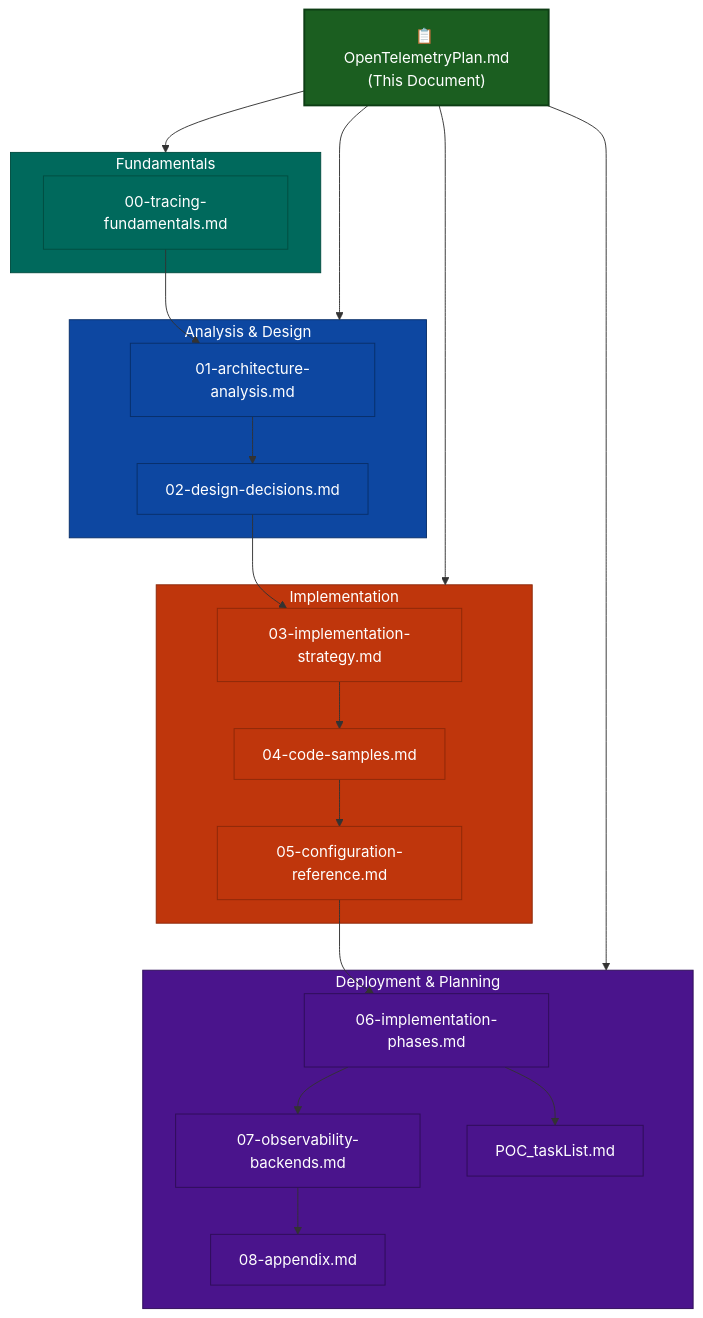
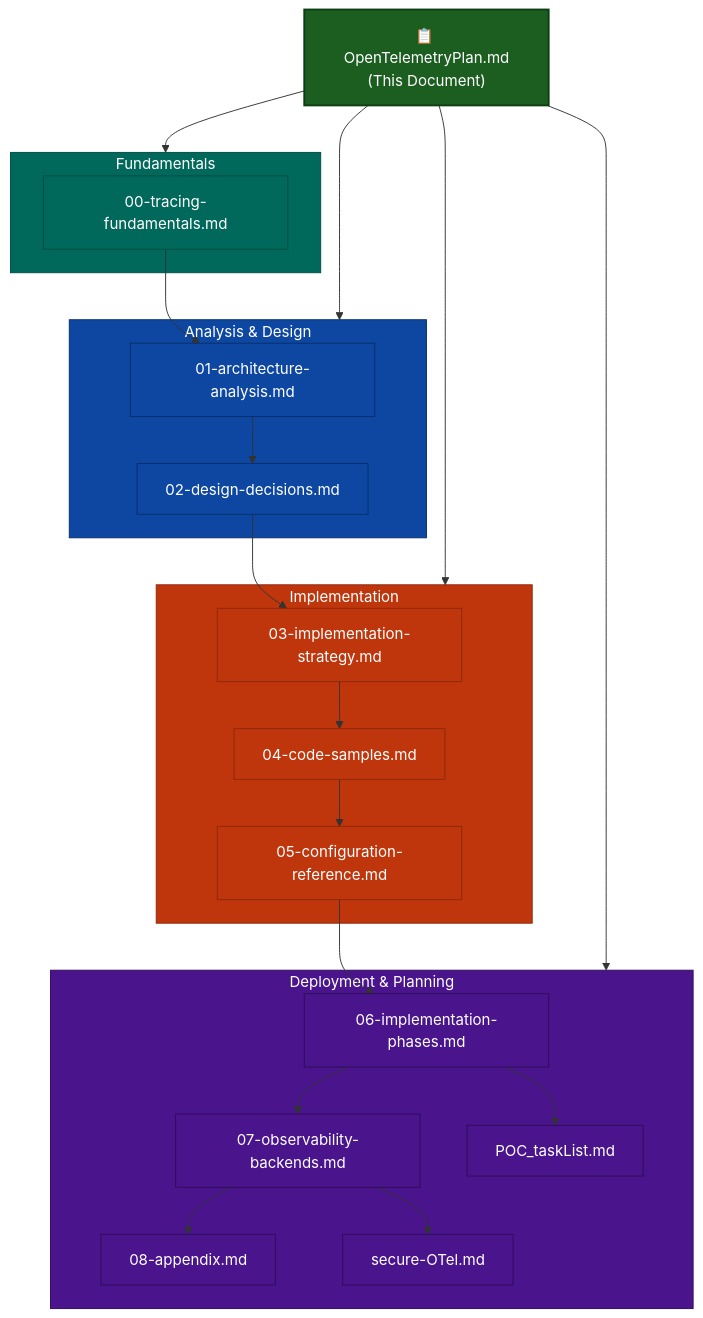
One commit to XRPLF/rippled changed the diagram in OpenTelemetryPlan/OpenTelemetryPlan.md. Above: the diagram before and after it, drawn with Mermaid. The commit also changed other lines of this file and 5 other files, not shown here.

First line of the commit message:
docs(telemetry): add secure-OTel pipeline analysis and link into plan

````diff
--- a/OpenTelemetryPlan/OpenTelemetryPlan.md
+++ b/OpenTelemetryPlan/OpenTelemetryPlan.md
@@ -34,57 +34,60 @@
 ```mermaid
 flowchart TB
     overview["📋 OpenTelemetryPlan.md<br/>(This Document)"]
 
     subgraph fundamentals["Fundamentals"]
         fund["00-tracing-fundamentals.md"]
     end
 
     subgraph analysis["Analysis & Design"]
         arch["01-architecture-analysis.md"]
         design["02-design-decisions.md"]
     end
 
     subgraph impl["Implementation"]
         strategy["03-implementation-strategy.md"]
         code["04-code-samples.md"]
         config["05-configuration-reference.md"]
     end
 
     subgraph deploy["Deployment & Planning"]
         phases["06-implementation-phases.md"]
         backends["07-observability-backends.md"]
         appendix["08-appendix.md"]
+        secure["secure-OTel.md"]
         poc["POC_taskList.md"]
     end
 
     overview --> fundamentals
     overview --> analysis
     overview --> impl
     overview --> deploy
 
     fund --> arch
     arch --> design
     design --> strategy
     strategy --> code
     code --> config
     config --> phases
     phases --> backends
     backends --> appendix
+    backends --> secure
     phases --> poc
 
     style overview fill:#1b5e20,stroke:#0d3d14,color:#fff,stroke-width:2px
     style fundamentals fill:#00695c,stroke:#004d40,color:#fff
     style fund fill:#00695c,stroke:#004d40,color:#fff
     style analysis fill:#0d47a1,stroke:#082f6a,color:#fff
     style impl fill:#bf360c,stroke:#8c2809,color:#fff
     style deploy fill:#4a148c,stroke:#2e0d57,color:#fff
     style arch fill:#0d47a1,stroke:#082f6a,color:#fff
     style design fill:#0d47a1,stroke:#082f6a,color:#fff
     style strategy fill:#bf360c,stroke:#8c2809,color:#fff
     style code fill:#bf360c,stroke:#8c2809,color:#fff
     style config fill:#bf360c,stroke:#8c2809,color:#fff
     style phases fill:#4a148c,stroke:#2e0d57,color:#fff
     style backends fill:#4a148c,stroke:#2e0d57,color:#fff
     style appendix fill:#4a148c,stroke:#2e0d57,color:#fff
+    style secure fill:#4a148c,stroke:#2e0d57,color:#fff
     style poc fill:#4a148c,stroke:#2e0d57,color:#fff
 ```
````
